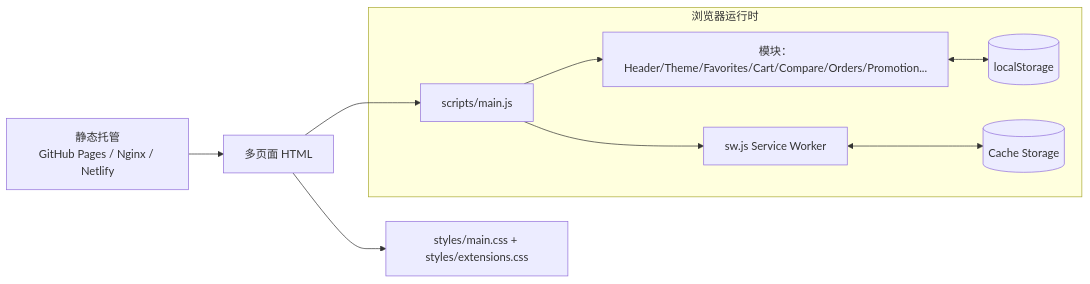
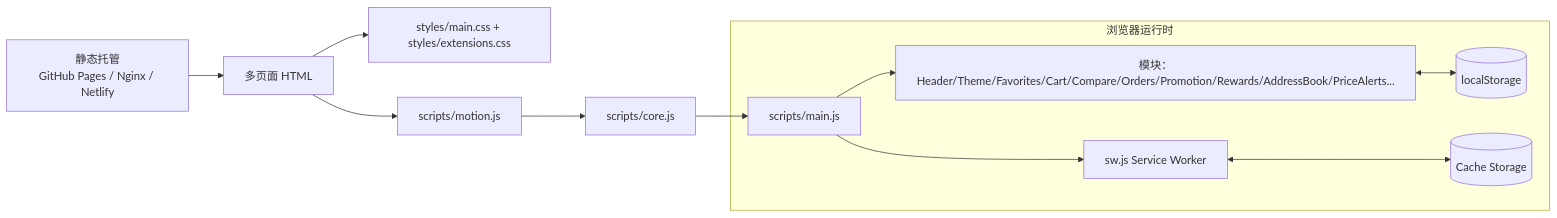
The first of 2 diagrams in README.md (TUR1412/Shouwban), drawn with Mermaid before and after one commit. The commit also changed other lines of this file and 25 other files, not shown here.

Commit message:
feat: cinematic motion + account center + rewards/address/alerts

````diff
--- a/README.md
+++ b/README.md
@@ -40,13 +57,15 @@
 ```mermaid
 flowchart LR
   Host[静态托管<br/>GitHub Pages / Nginx / Netlify] --> HTML[多页面 HTML]
   HTML --> CSS[styles/main.css + styles/extensions.css]
-  HTML --> JS[scripts/main.js]
+  HTML --> Motion[scripts/motion.js]
+  Motion --> Core[scripts/core.js]
+  Core --> JS[scripts/main.js]
 
   subgraph Browser[浏览器运行时]
-    JS --> Modules[模块：Header/Theme/Favorites/Cart/Compare/Orders/Promotion...]
+    JS --> Modules[模块：Header/Theme/Favorites/Cart/Compare/Orders/Promotion/Rewards/AddressBook/PriceAlerts...]
     Modules <--> LS[(localStorage)]
     JS --> SW[sw.js Service Worker]
     SW <--> Cache[(Cache Storage)]
   end
 ```
````
